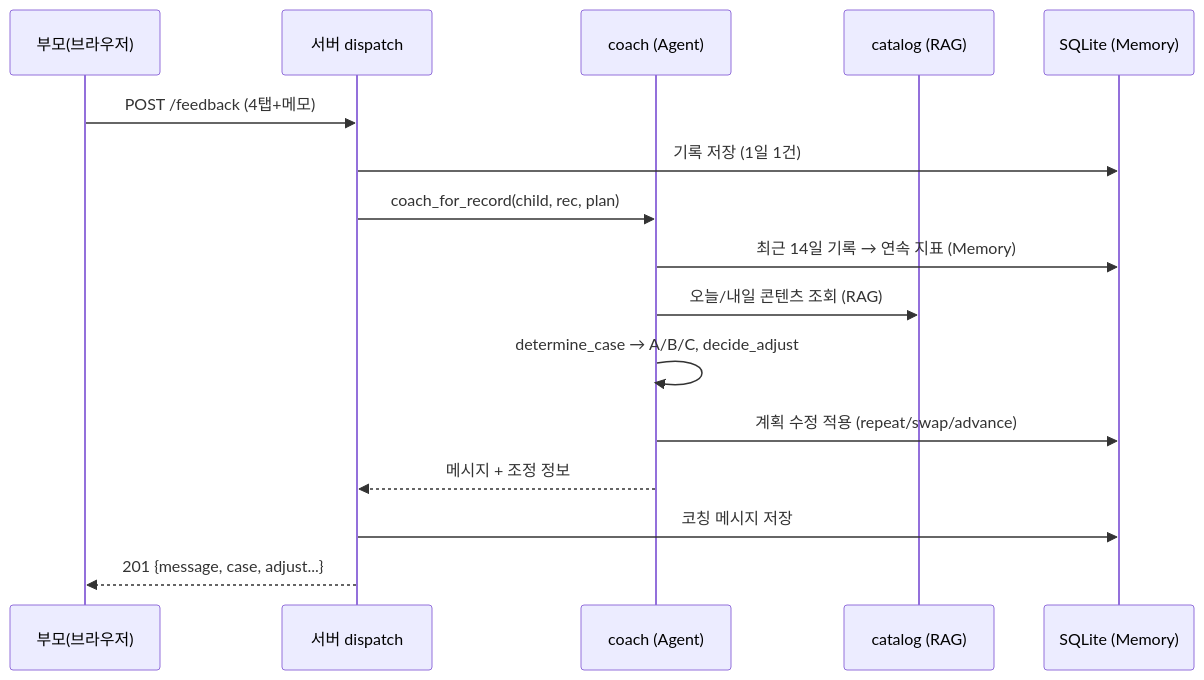
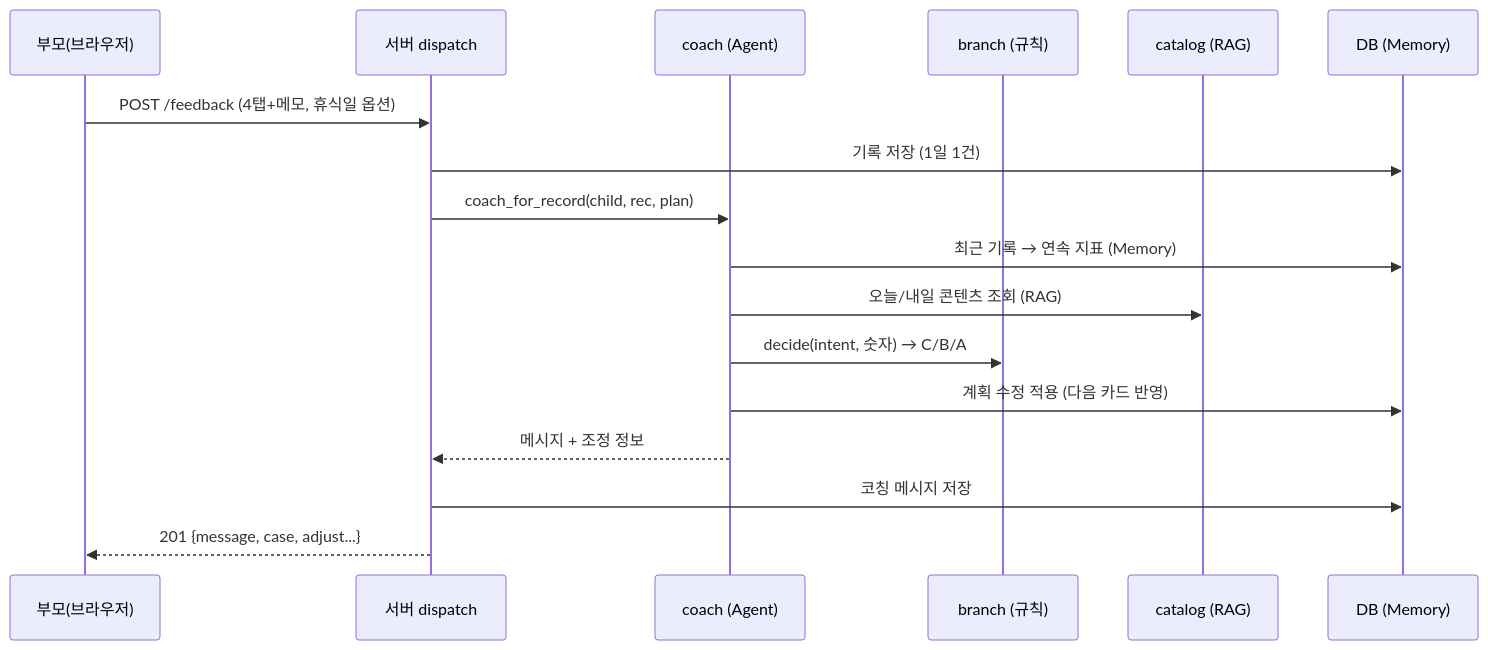
The second of 2 diagrams in 02-요구-명세서.md (harold-llm/codyssey-native-C03_final), drawn with Mermaid before and after one commit. The commit also changed other lines of this file and 88 other files, not shown here.

````diff
--- a/02-요구-명세서.md
+++ b/02-요구-명세서.md
@@ -109,19 +119,20 @@
 ```mermaid
 sequenceDiagram
     participant P as 부모(브라우저)
     participant S as 서버 dispatch
     participant C as coach (Agent)
+    participant B as branch (규칙)
     participant K as catalog (RAG)
-    participant DB as SQLite (Memory)
+    participant DB as DB (Memory)
 
-    P->>S: POST /feedback (4탭+메모)
+    P->>S: POST /feedback (4탭+메모, 휴식일 옵션)
     S->>DB: 기록 저장 (1일 1건)
     S->>C: coach_for_record(child, rec, plan)
-    C->>DB: 최근 14일 기록 → 연속 지표 (Memory)
+    C->>DB: 최근 기록 → 연속 지표 (Memory)
     C->>K: 오늘/내일 콘텐츠 조회 (RAG)
-    C->>C: determine_case → A/B/C, decide_adjust
-    C->>DB: 계획 수정 적용 (repeat/swap/advance)
+    C->>B: decide(intent, 숫자) → C/B/A
+    C->>DB: 계획 수정 적용 (다음 카드 반영)
     C-->>S: 메시지 + 조정 정보
     S->>DB: 코칭 메시지 저장
     S-->>P: 201 {message, case, adjust...}
 ```
````
